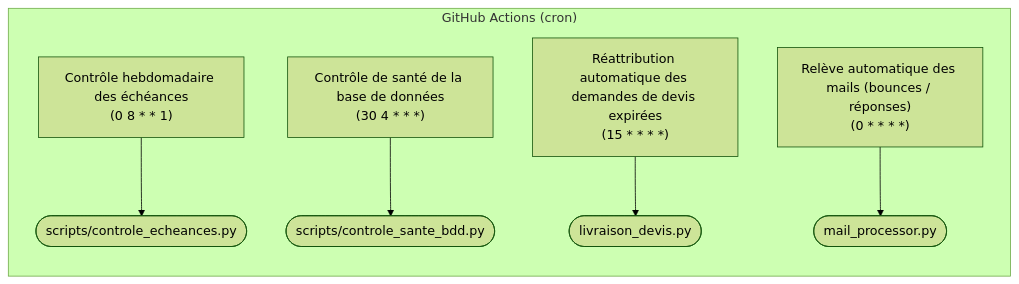
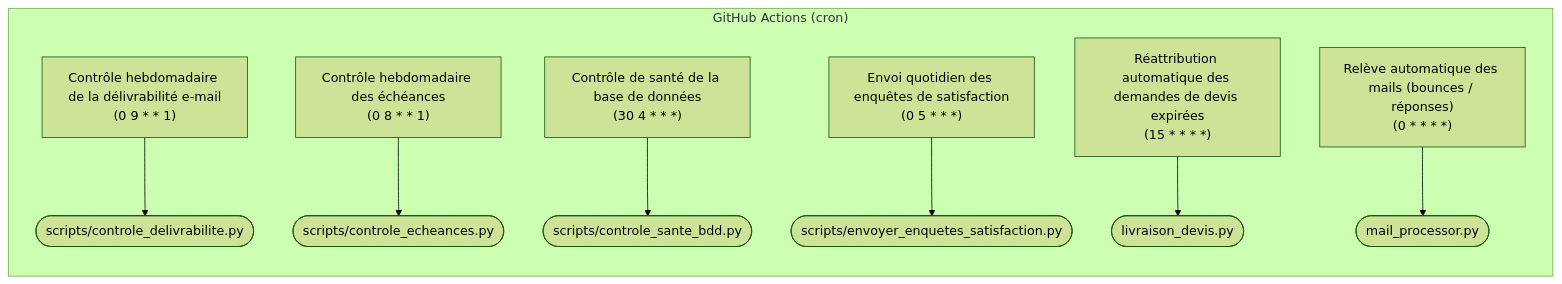
One commit to contactmonagenceiapro-sudo/leads-creator changed the second of 3 diagrams in docs/architecture_globale.md. Above: the diagram before and after it, drawn with Mermaid (forest theme). The commit also changed other lines of this file, not shown here.

Commit message:
docs: mise à jour automatique de l'architecture

````diff
--- a/docs/architecture_globale.md
+++ b/docs/architecture_globale.md
@@ -384,9 +407,11 @@
 ```mermaid
 flowchart LR
     subgraph CRON["GitHub Actions (cron)"]
+        controle_delivrabilite_yml["Contrôle hebdomadaire de la délivrabilité e-mail<br/>(0 9 * * 1)"] --> controle_delivrabilite_yml_script(["scripts/controle_delivrabilite.py"])
         controle_echeances_yml["Contrôle hebdomadaire des échéances<br/>(0 8 * * 1)"] --> controle_echeances_yml_script(["scripts/controle_echeances.py"])
         controle_sante_bdd_yml["Contrôle de santé de la base de données<br/>(30 4 * * *)"] --> controle_sante_bdd_yml_script(["scripts/controle_sante_bdd.py"])
+        envoyer_enquetes_satisfaction_yml["Envoi quotidien des enquêtes de satisfaction<br/>(0 5 * * *)"] --> envoyer_enquetes_satisfaction_yml_script(["scripts/envoyer_enquetes_satisfaction.py"])
         livraison_devis_yml["Réattribution automatique des demandes de devis expirées<br/>(15 * * * *)"] --> livraison_devis_yml_script(["livraison_devis.py"])
         mail_check_yml["Relève automatique des mails (bounces / réponses)<br/>(0 * * * *)"] --> mail_check_yml_script(["mail_processor.py"])
     end
 ```
````
